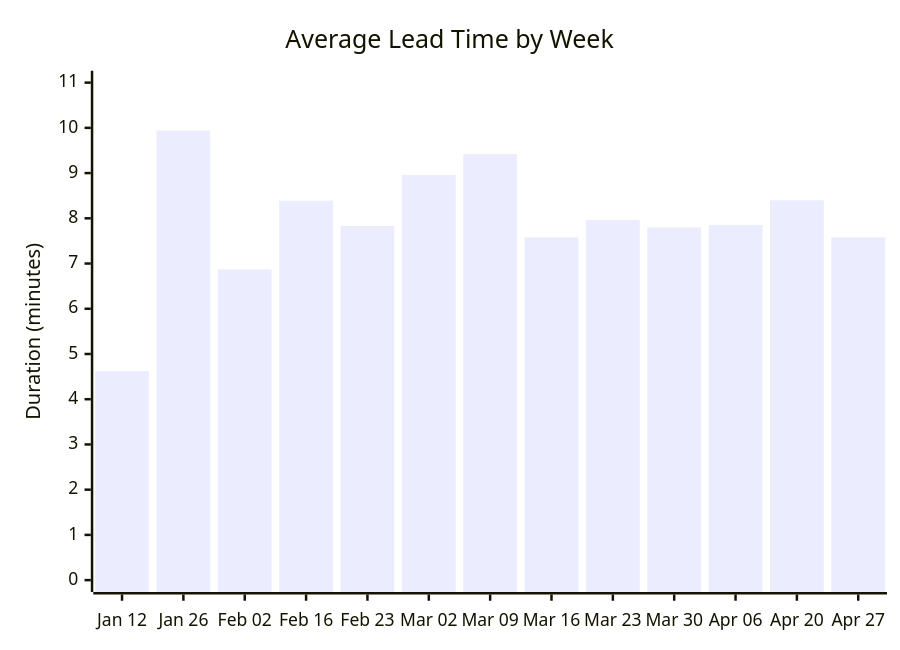
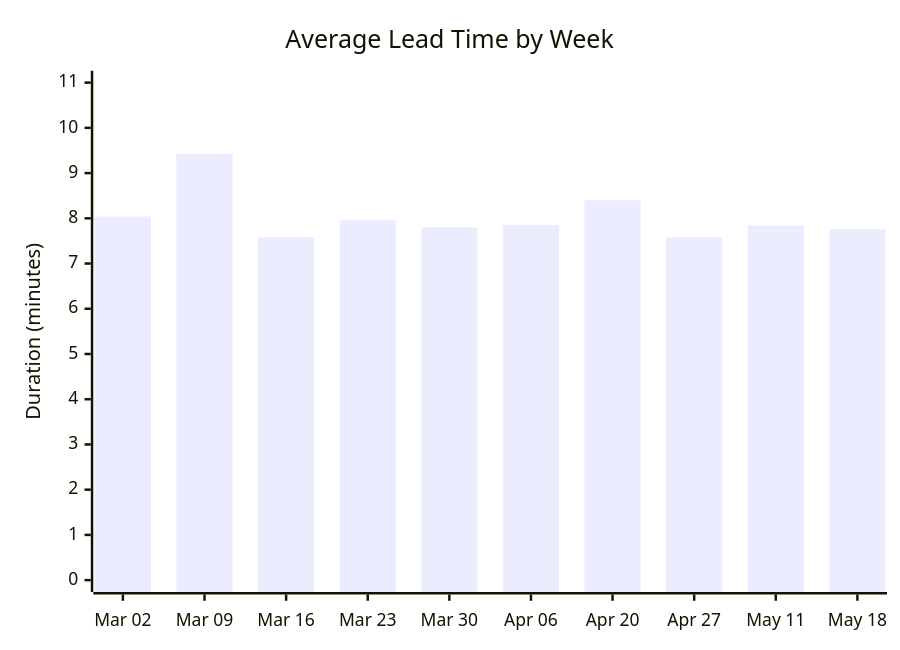
One commit to ukma-cs-ssdm-2025/rate-ukma changed the second of 4 diagrams in docs/ci-cd/dora-summary.md. Above: the diagram before and after it, drawn with Mermaid. The commit also changed other lines of this file, not shown here.

````diff
--- a/docs/ci-cd/dora-summary.md
+++ b/docs/ci-cd/dora-summary.md
@@ -26,7 +31,7 @@
 ```mermaid
 xychart-beta
     title "Average Lead Time by Week"
-    x-axis ["Jan 12", "Jan 26", "Feb 02", "Feb 16", "Feb 23", "Mar 02", "Mar 09", "Mar 16", "Mar 23", "Mar 30", "Apr 06", "Apr 20", "Apr 27"]
+    x-axis ["Mar 02", "Mar 09", "Mar 16", "Mar 23", "Mar 30", "Apr 06", "Apr 20", "Apr 27", "May 11", "May 18"]
     y-axis "Duration (minutes)" 0 --> 11
-    bar [4.62, 9.94, 6.87, 8.39, 7.83, 8.96, 9.42, 7.58, 7.96, 7.80, 7.85, 8.40, 7.58]
+    bar [8.04, 9.42, 7.58, 7.96, 7.80, 7.85, 8.40, 7.58, 7.84, 7.76]
 ```
````
